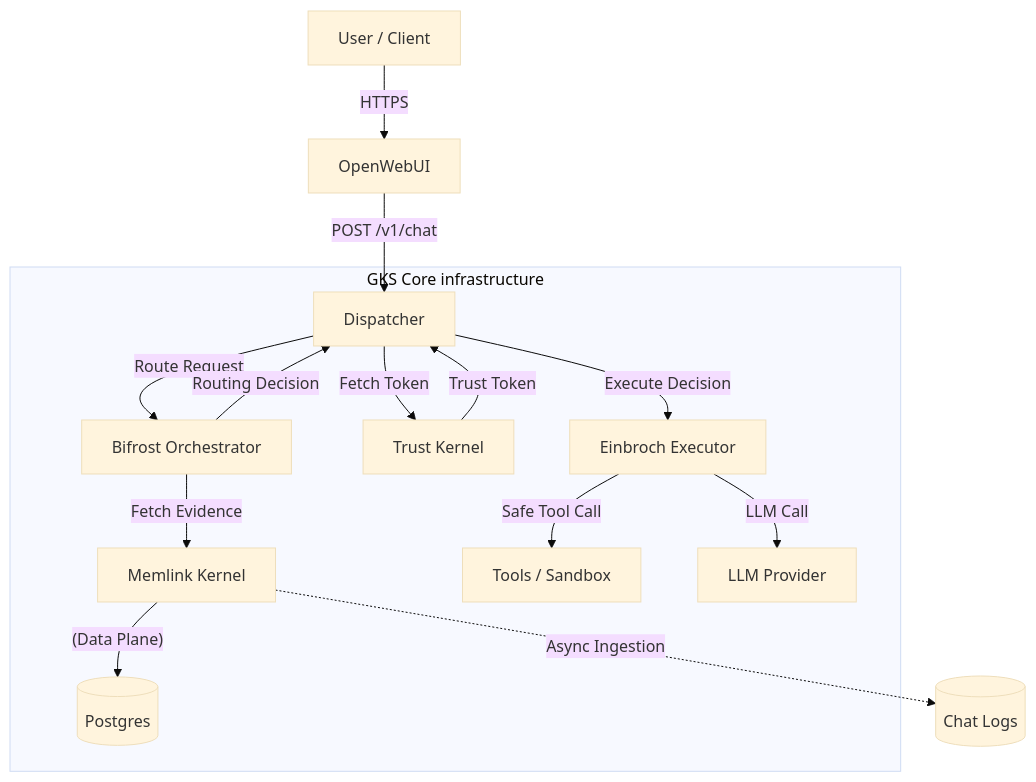
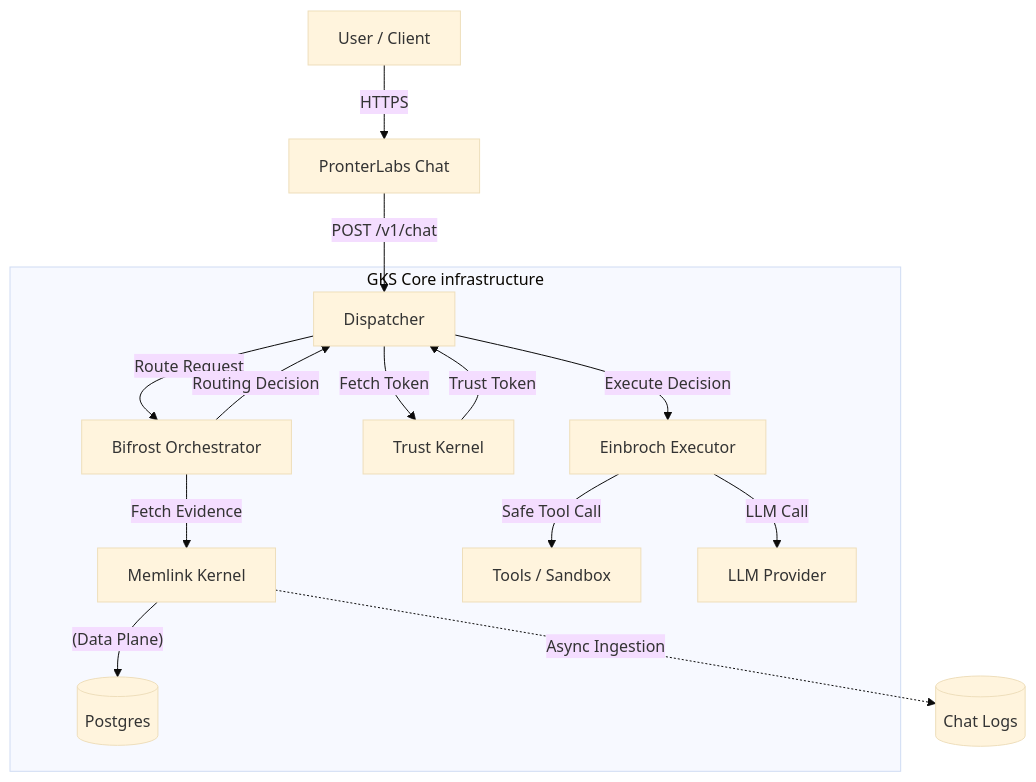
The diagram in architecture/overview.md (mareekkk/gks-docs), drawn with Mermaid (base theme) before and after one commit. The commit also changed other lines of this file and 14 other files, not shown here.

Commit message:
docs: refresh tenant_db architecture

````diff
--- a/architecture/overview.md
+++ b/architecture/overview.md
@@ -38,21 +38,21 @@
 ```mermaid
 graph TD
-    User[User / Client] -->|HTTPS| Web[OpenWebUI]
+    User[User / Client] -->|HTTPS| Web[PronterLabs Chat]
     Web -->|POST /v1/chat| Gateway[Dispatcher]
     
     subgraph "GKS Core infrastructure"
         Gateway -->|Route Request| Bifrost[Bifrost Orchestrator]
         Gateway -->|Fetch Token| Trust[Trust Kernel]
         Trust -->|Trust Token| Gateway
         Bifrost -->|Fetch Evidence| Memlink[Memlink Kernel]
         Memlink --"(Data Plane)"--> DB[(Postgres)]
         
         Bifrost -->|Routing Decision| Gateway
         Gateway -->|Execute Decision| Executor[Einbroch Executor]
         
         Executor -->|Safe Tool Call| Tools[Tools / Sandbox]
         Executor -->|LLM Call| LLM[LLM Provider]
     end
     
     Memlink -.->|Async Ingestion| WebDB[(Chat Logs)]
 ```
````
